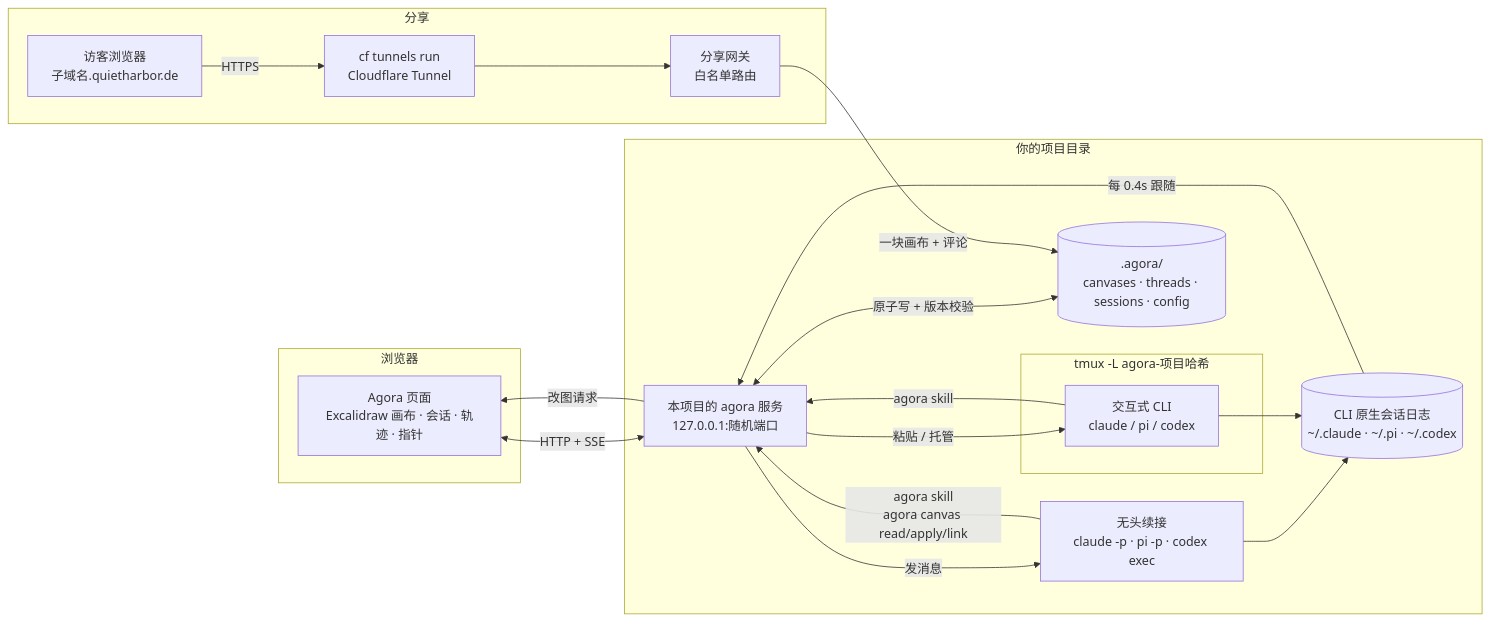
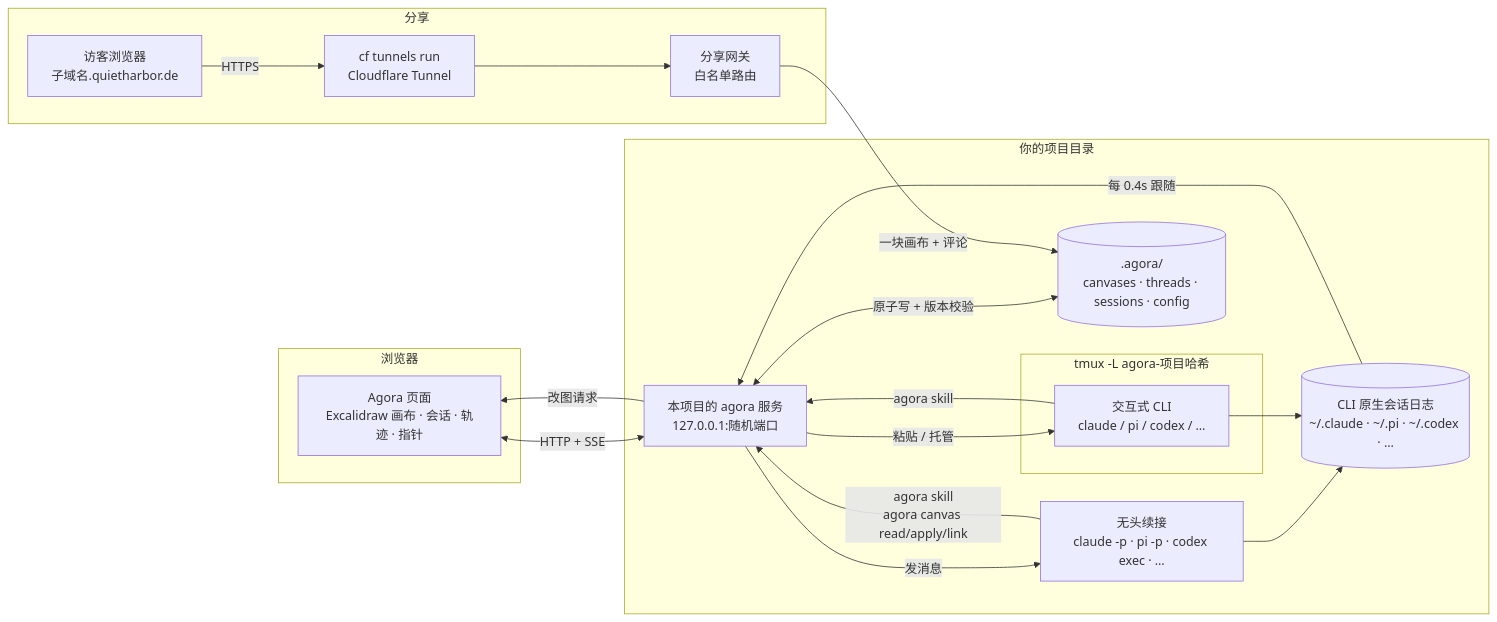
Before and after one commit to arvakme/agora: the diagram in README.md, drawn with Mermaid. The commit also changed other lines of this file, not shown here.

First line of the commit message:
README 改版：横幅、演示 GIF、示意图在前，加「选哪种方式」和常见问题，六个会话 agent 写全

````diff
--- a/README.md
+++ b/README.md
@@ -66,32 +151,32 @@
 ```mermaid
 flowchart LR
   subgraph browser [浏览器]
     UI[Agora 页面<br/>Excalidraw 画布 · 会话 · 轨迹 · 指针]
   end
   subgraph project [你的项目目录]
     Server[本项目的 agora 服务<br/>127.0.0.1:随机端口]
     Files[(.agora/<br/>canvases · threads · sessions · config)]
     subgraph tmux [tmux -L agora-项目哈希]
-      TUI[交互式 CLI<br/>claude / pi / codex]
+      TUI[交互式 CLI<br/>claude / pi / codex / …]
     end
-    Headless[无头续接<br/>claude -p · pi -p · codex exec]
-    Logs[(CLI 原生会话日志<br/>~/.claude · ~/.pi · ~/.codex)]
+    Headless[无头续接<br/>claude -p · pi -p · codex exec · …]
+    Logs[(CLI 原生会话日志<br/>~/.claude · ~/.pi · ~/.codex · …)]
   end
   subgraph share [分享]
     Guest[访客浏览器<br/>子域名.quietharbor.de]
     CF[cf tunnels run<br/>Cloudflare Tunnel]
     Gateway[分享网关<br/>白名单路由]
   end
 
   UI <-->|HTTP + SSE| Server
   Server <-->|原子写 + 版本校验| Files
   Server -->|发消息| Headless
   Server -->|粘贴 / 托管| TUI
   Headless -->|agora skill<br/>agora canvas read/apply/link| Server
   TUI -->|agora skill| Server
   Headless --> Logs
   TUI --> Logs
   Logs -->|每 0.4s 跟随| Server
   Server -->|改图请求| UI
   Guest -->|HTTPS| CF --> Gateway -->|一块画布 + 评论| Files
 ```
````
